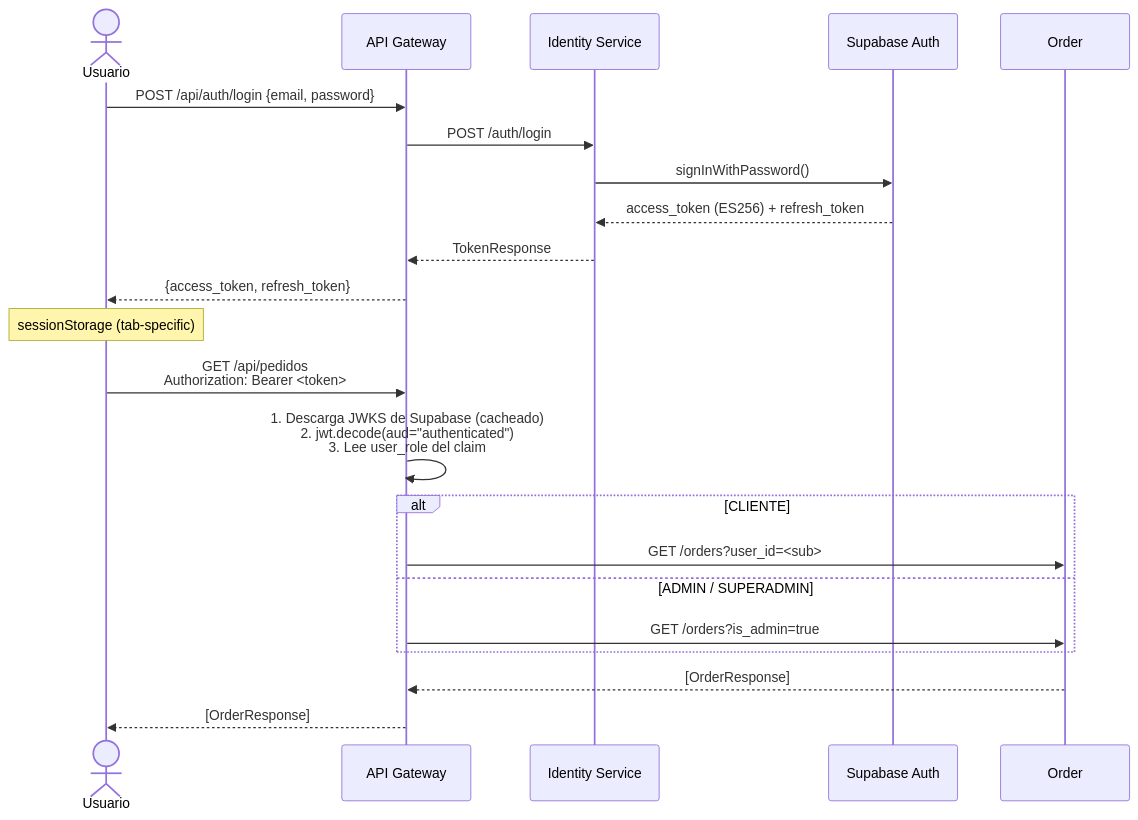
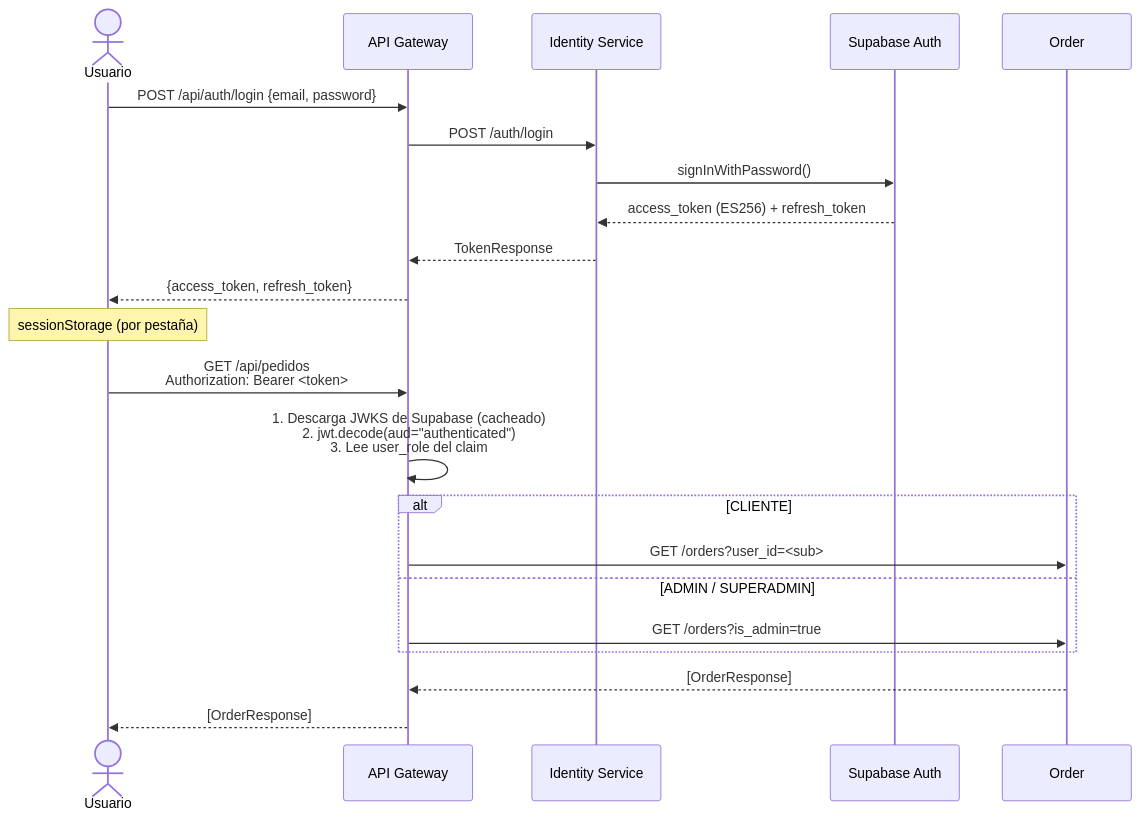
One commit to papeleriaboyaca-dev/papeleriaboyaca changed the second of 6 diagrams in README.md. Above: the diagram before and after it, drawn with Mermaid. The commit also changed other lines of this file and 1 other file, not shown here.

First line of the commit message:
Corrige diagrama ER y elimina Supabase URL hardcodeada

````diff
--- a/README.md
+++ b/README.md
@@ -63,25 +63,25 @@
 ```mermaid
 sequenceDiagram
     actor U as Usuario
     participant GW as API Gateway
     participant ID as Identity Service
     participant SB as Supabase Auth
 
     U->>GW: POST /api/auth/login {email, password}
     GW->>ID: POST /auth/login
     ID->>SB: signInWithPassword()
     SB-->>ID: access_token (ES256) + refresh_token
     ID-->>GW: TokenResponse
     GW-->>U: {access_token, refresh_token}
-    Note over U: sessionStorage (tab-specific)
+    Note over U: sessionStorage (por pestaña)
 
     U->>GW: GET /api/pedidos<br/>Authorization: Bearer <token>
     GW->>GW: 1. Descarga JWKS de Supabase (cacheado)<br/>2. jwt.decode(aud="authenticated")<br/>3. Lee user_role del claim
     alt CLIENTE
         GW->>Order: GET /orders?user_id=<sub>
     else ADMIN / SUPERADMIN
         GW->>Order: GET /orders?is_admin=true
     end
     Order-->>GW: [OrderResponse]
     GW-->>U: [OrderResponse]
 ```
````
